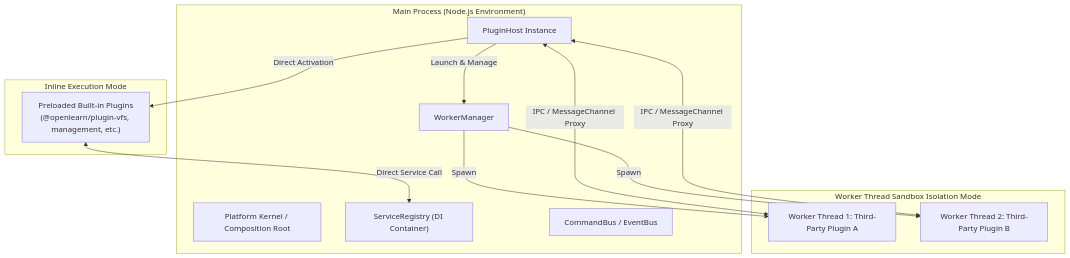
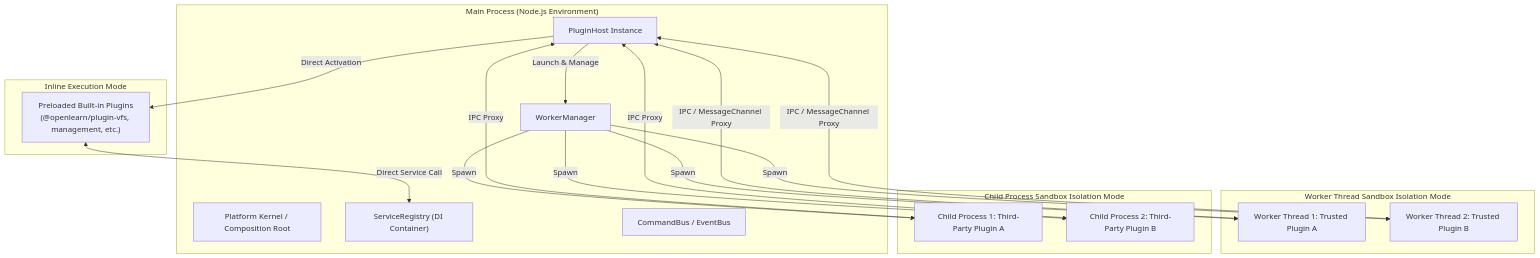
The first of 3 diagrams in docs/plugin/plugin-architecture.md (aymwoo/OpenLearn-Next-V2), drawn with Mermaid before and after one commit. The commit also changed other lines of this file and 56 other files, not shown here.

````diff
--- a/docs/plugin/plugin-architecture.md
+++ b/docs/plugin/plugin-architecture.md
@@ -40,29 +40,38 @@
 ```mermaid
 graph TD
     subgraph "Main Process (Node.js Environment)"
         Kernel["Platform Kernel / Composition Root"]
         PH["PluginHost Instance"]
         SR["ServiceRegistry (DI Container)"]
         CB["CommandBus / EventBus"]
         WM["WorkerManager"]
     end
 
     subgraph "Inline Execution Mode"
         Preloaded["Preloaded Built-in Plugins<br/>(@openlearn/plugin-vfs, management, etc.)"]
     end
 
     subgraph "Worker Thread Sandbox Isolation Mode"
-        W1["Worker Thread 1: Third-Party Plugin A"]
-        W2["Worker Thread 2: Third-Party Plugin B"]
+        W1["Worker Thread 1: Trusted Plugin A"]
+        W2["Worker Thread 2: Trusted Plugin B"]
+    end
+
+    subgraph "Child Process Sandbox Isolation Mode"
+        P1["Child Process 1: Third-Party Plugin A"]
+        P2["Child Process 2: Third-Party Plugin B"]
     end
 
     PH -->|Direct Activation| Preloaded
     Preloaded <-->|Direct Service Call| SR
 
     PH -->|Launch & Manage| WM
     WM -->|Spawn| W1
     WM -->|Spawn| W2
+    WM -->|Spawn| P1
+    WM -->|Spawn| P2
 
     W1 <-->|IPC / MessageChannel Proxy| PH
     W2 <-->|IPC / MessageChannel Proxy| PH
+    P1 <-->|IPC Proxy| PH
+    P2 <-->|IPC Proxy| PH
 ```
````
